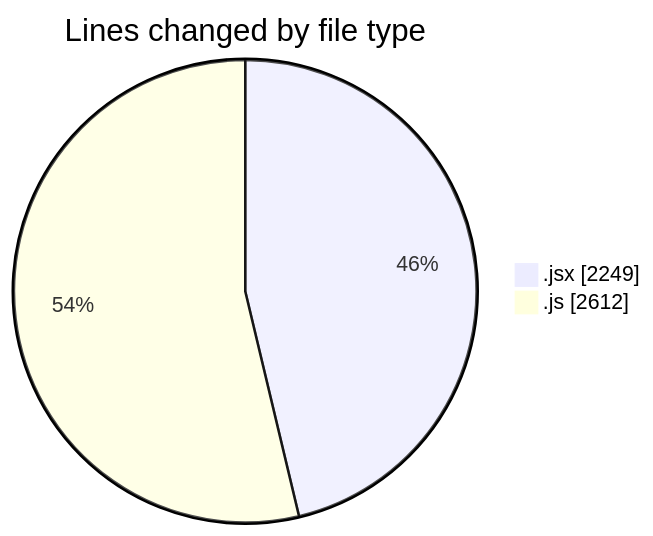
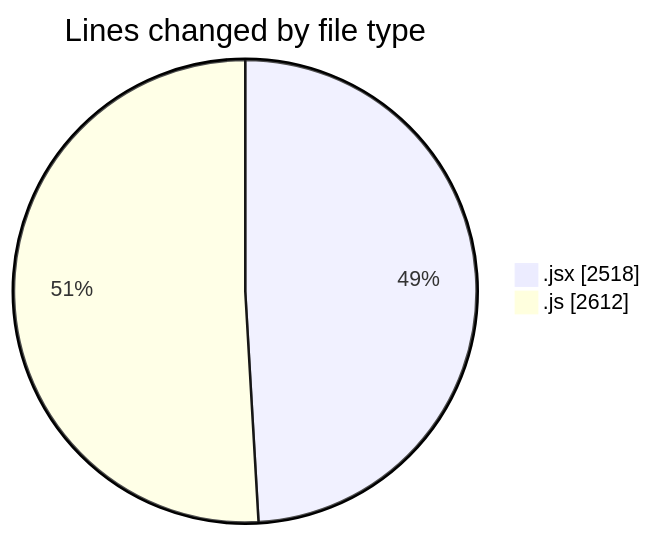
Before and after one commit to nxtqubesakshisongat/code-tracking: the first of 2 diagrams in 2025-09-15/nxtqube_webapp/README.md, drawn with Mermaid. The commit also changed other lines of this file and 1 other file, not shown here.

````diff
--- a/2025-09-15/nxtqube_webapp/README.md
+++ b/2025-09-15/nxtqube_webapp/README.md
@@ -23,6 +23,6 @@
 ```mermaid
 pie showData
 title Lines changed by file type
-".jsx" : 2249
+".jsx" : 2518
 ".js" : 2612
 ```
````
